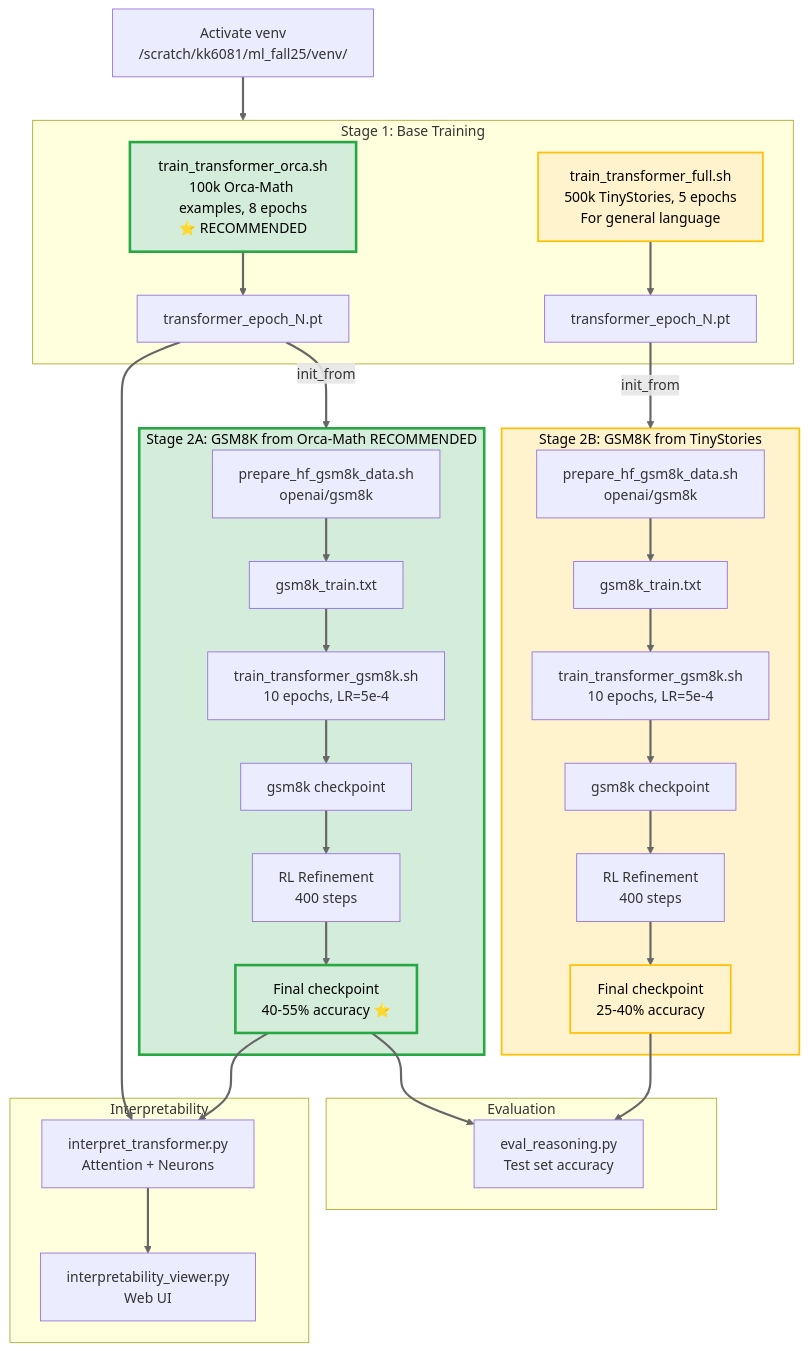
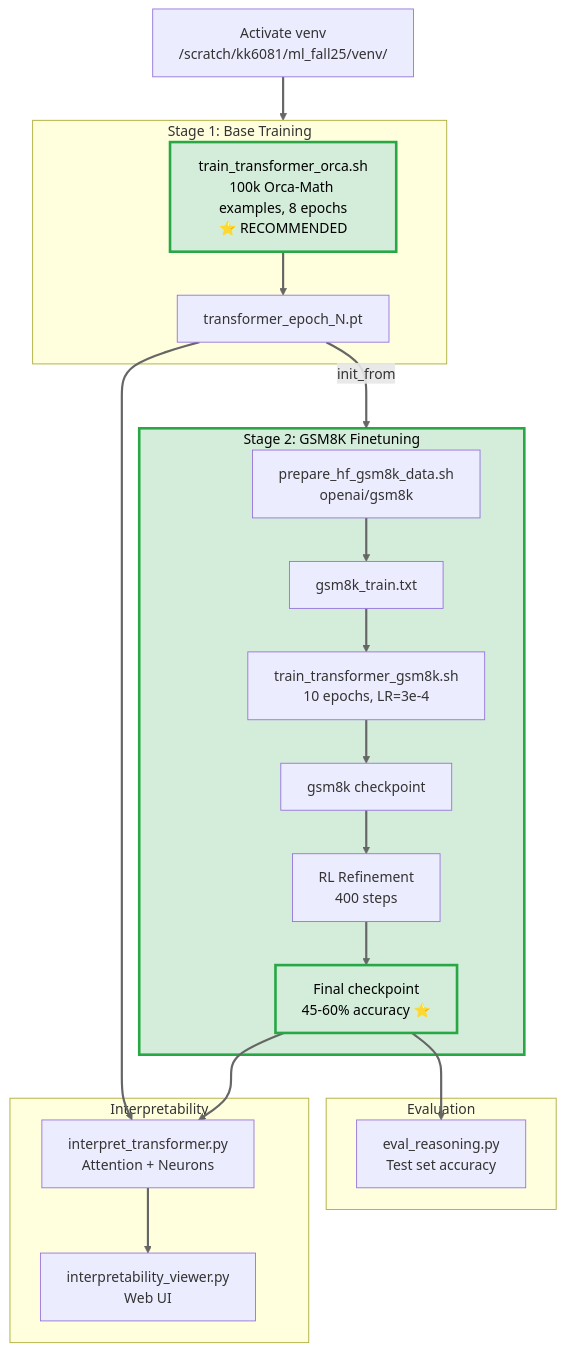
The diagram in README.md (FruitPnchSamuraiG/pico-llm), drawn with Mermaid before and after one commit. The commit also changed other lines of this file and 5 other files, not shown here.

````diff
--- a/README.md
+++ b/README.md
@@ -10,53 +13,41 @@
 ```mermaid
 flowchart TD
   VENV[Activate venv<br/>/scratch/kk6081/ml_fall25/venv/] --> BASE
 
   subgraph BASE["Stage 1: Base Training"]
     ORCA[train_transformer_orca.sh<br/>100k Orca-Math examples, 8 epochs<br/>⭐ RECOMMENDED]
-    TFULL[train_transformer_full.sh<br/>500k TinyStories, 5 epochs<br/>For general language]
     ORCA --> CKPT_MATH[transformer_epoch_N.pt]
-    TFULL --> CKPT_STORY[transformer_epoch_N.pt]
   end
 
   CKPT_MATH -->|init_from| GSM_MATH
-  CKPT_STORY -->|init_from| GSM_STORY
 
-  subgraph GSM_MATH["Stage 2A: GSM8K from Orca-Math RECOMMENDED"]
+  subgraph GSM_MATH["Stage 2: GSM8K Finetuning"]
     PREP_MATH[prepare_hf_gsm8k_data.sh<br/>openai/gsm8k] --> FILES_MATH[gsm8k_train.txt]
-    FILES_MATH --> SFT_MATH[train_transformer_gsm8k.sh<br/>10 epochs, LR=5e-4]
+    FILES_MATH --> SFT_MATH[train_transformer_gsm8k.sh<br/>10 epochs, LR=3e-4]
     SFT_MATH --> SFT_CKPT_MATH[gsm8k checkpoint]
     SFT_CKPT_MATH --> RL_MATH[RL Refinement<br/>400 steps]
-    RL_MATH --> FINAL_MATH[Final checkpoint<br/>40-55% accuracy ⭐]
-  end
-
-  subgraph GSM_STORY["Stage 2B: GSM8K from TinyStories"]
-    PREP_STORY[prepare_hf_gsm8k_data.sh<br/>openai/gsm8k] --> FILES_STORY[gsm8k_train.txt]
-    FILES_STORY --> SFT_STORY[train_transformer_gsm8k.sh<br/>10 epochs, LR=5e-4]
-    SFT_STORY --> SFT_CKPT_STORY[gsm8k checkpoint]
-    SFT_CKPT_STORY --> RL_STORY[RL Refinement<br/>400 steps]
-    RL_STORY --> FINAL_STORY[Final checkpoint<br/>25-40% accuracy]
+    RL_MATH --> FINAL_MATH[Final checkpoint<br/>45-60% accuracy ⭐]
   end
 
   subgraph EVAL["Evaluation"]
     E1[eval_reasoning.py<br/>Test set accuracy]
   end
 
   FINAL_MATH --> E1
-  FINAL_STORY --> E1
 
   subgraph INTERP["Interpretability"]
     IT[interpret_transformer.py<br/>Attention + Neurons]
     IT --> VIEW[interpretability_viewer.py<br/>Web UI]
   end
 
   CKPT_MATH --> IT
   FINAL_MATH --> IT
 
   classDef recommended fill:#d4edda,stroke:#28a745,stroke-width:3px,color:#000
   classDef alternative fill:#fff3cd,stroke:#ffc107,stroke-width:2px,color:#000
   
   class ORCA,GSM_MATH,FINAL_MATH recommended
   class TFULL,GSM_STORY,FINAL_STORY alternative
   
   linkStyle default stroke:#666,stroke-width:2.5px
 ```
````
